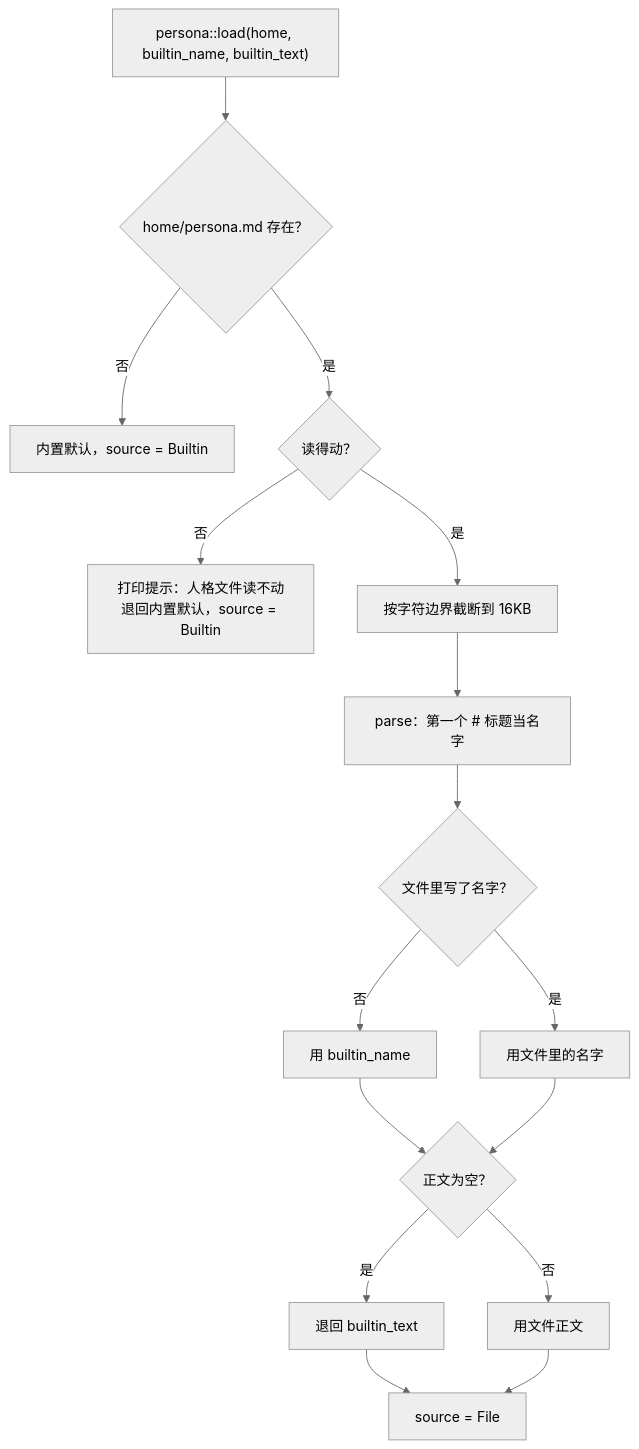
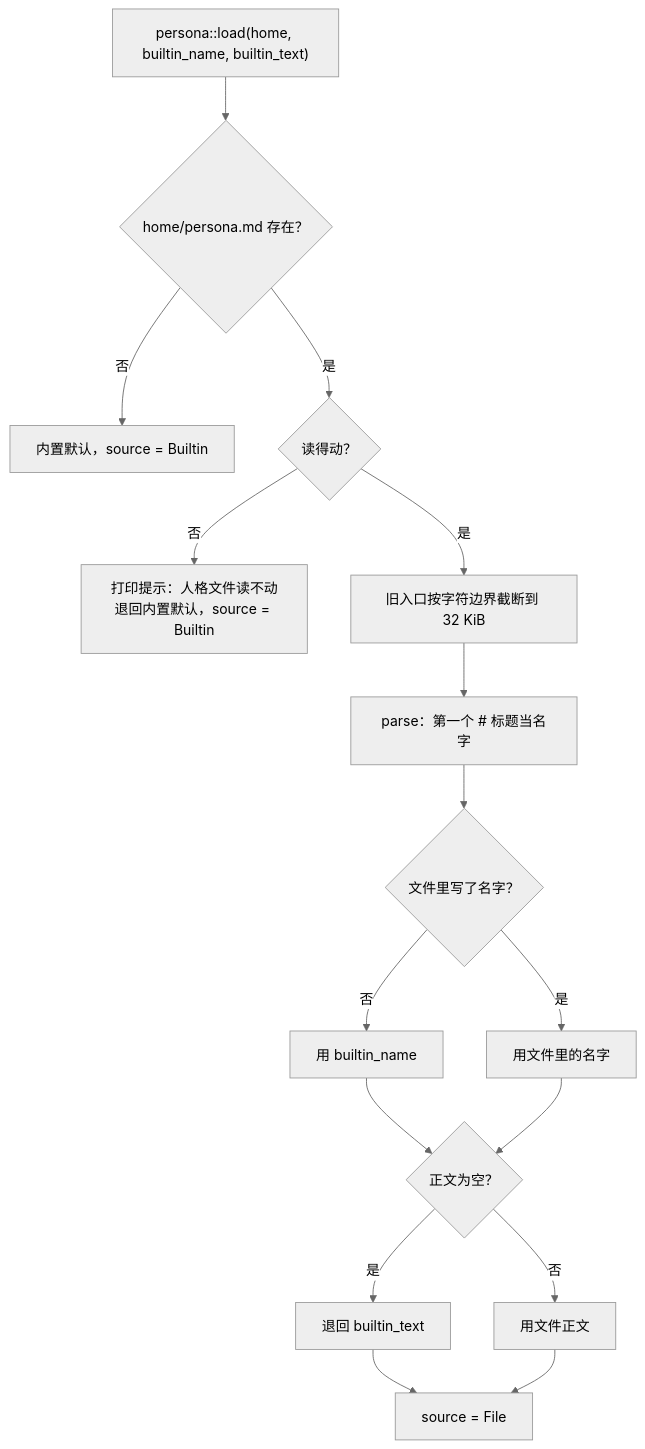
The second of 5 diagrams in docs/readme/03-提示词人格与记忆.md (sjxbbdb/YunXi-Bot), drawn with Mermaid (neutral theme) before and after one commit. The commit also changed other lines of this file and 37 other files, not shown here.

````diff
--- a/docs/readme/03-提示词人格与记忆.md
+++ b/docs/readme/03-提示词人格与记忆.md
@@ -370,18 +375,18 @@
 ```mermaid
 flowchart TD
     S["persona::load(home, builtin_name, builtin_text)"] --> E{"home/persona.md 存在？"}
     E -- 否 --> B["内置默认，source = Builtin"]
     E -- 是 --> R{"读得动？"}
     R -- 否 --> W["打印提示：人格文件读不动<br/>退回内置默认，source = Builtin"]
-    R -- 是 --> T["按字符边界截断到 16KB"]
+    R -- 是 --> T["旧入口按字符边界截断到 32 KiB"]
     T --> P["parse：第一个 # 标题当名字"]
     P --> N{"文件里写了名字？"}
     N -- 否 --> BN["用 builtin_name"]
     N -- 是 --> CN["用文件里的名字"]
     BN --> BODY{"正文为空？"}
     CN --> BODY
     BODY -- 是 --> BT["退回 builtin_text"]
     BODY -- 否 --> FT["用文件正文"]
     BT --> F["source = File"]
     FT --> F
 ```
````
